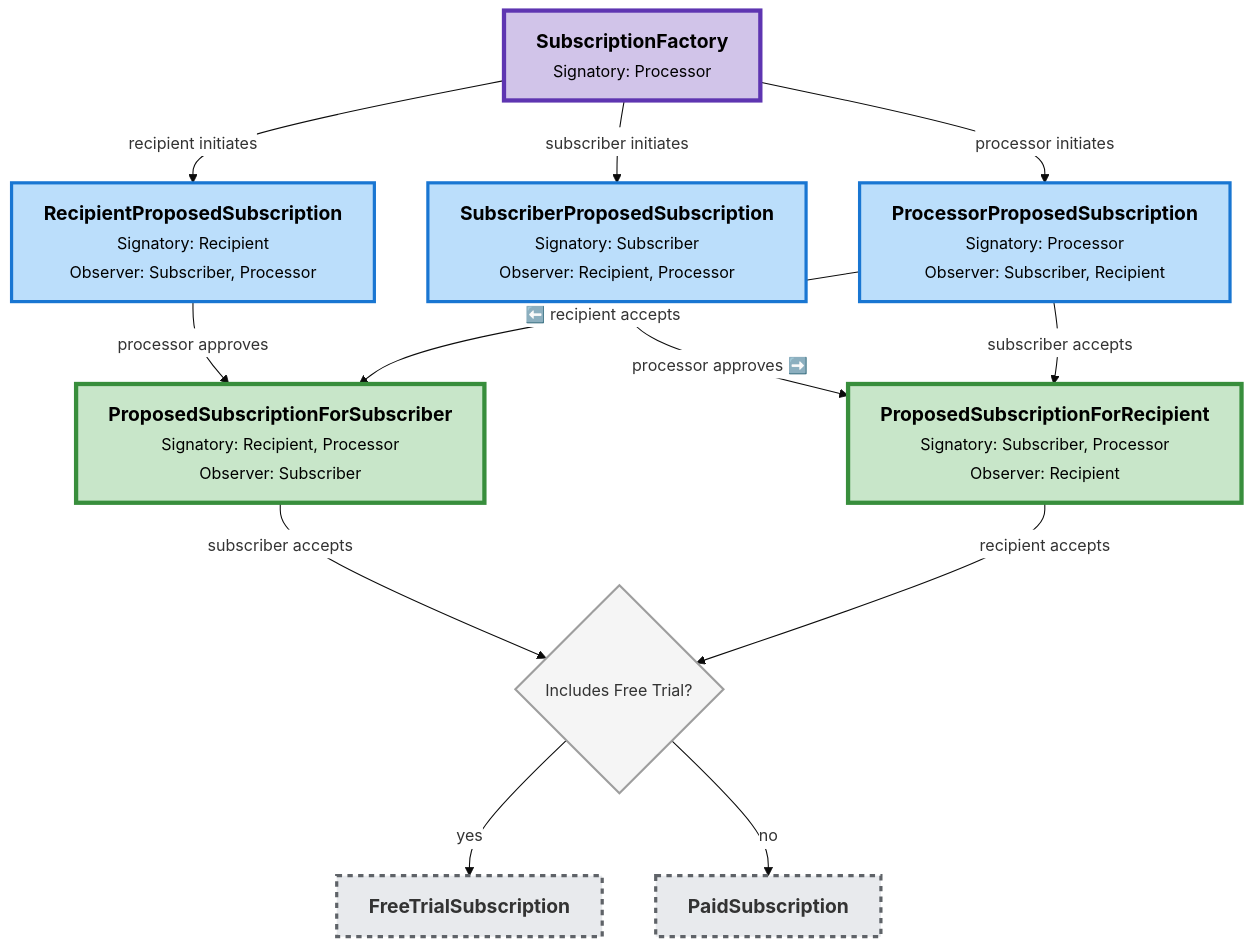
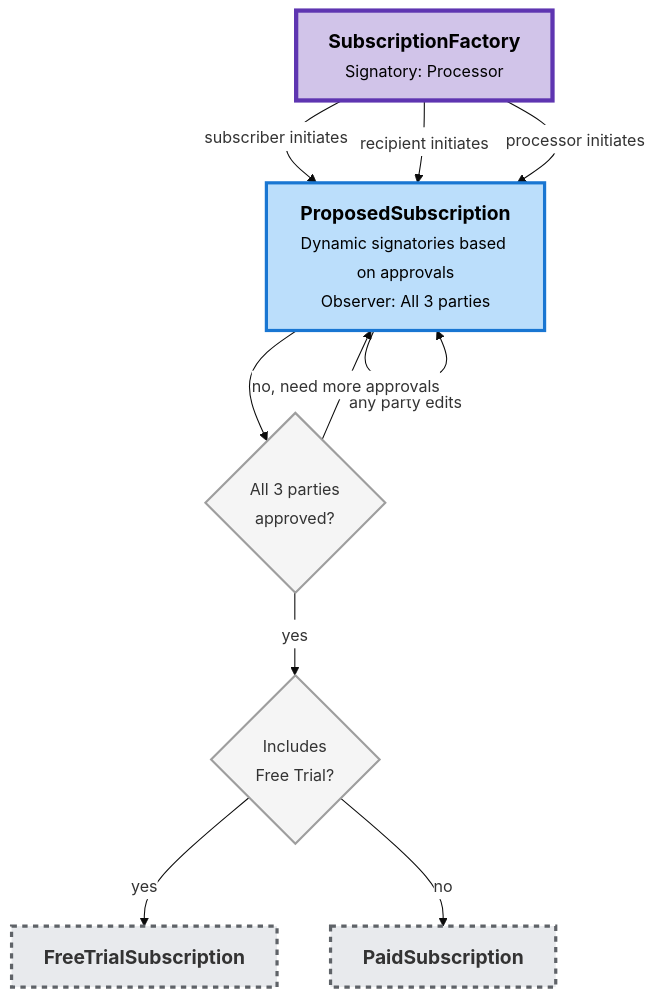
Before and after one commit to Fairmint/open-captable-protocol-daml: the diagram in Subscriptions-v01/daml/Fairmint/Subscriptions/Creation/README.md, drawn with Mermaid. The commit also changed other lines of this file and 15 other files, not shown here.

````diff
--- a/Subscriptions-v01/daml/Fairmint/Subscriptions/Creation/README.md
+++ b/Subscriptions-v01/daml/Fairmint/Subscriptions/Creation/README.md
@@ -9,49 +41,39 @@
 ```mermaid
 %%{init: {'theme':'base', 'themeVariables': { 'fontSize':'18px', 'fontFamily':'arial', 'edgeLabelBackground':'#ffffff'}}}%%
 flowchart TD
     Factory["<b>SubscriptionFactory</b><br/><small>Signatory: Processor</small>"]
     
-    SubProposal["<b>SubscriberProposedSubscription</b><br/><small>Signatory: Subscriber<br/>Observer: Recipient, Processor</small>"]
+    Proposal["<b>ProposedSubscription</b><br/><small>Dynamic signatories based on approvals<br/>Observer: All 3 parties</small>"]
     
-    RecProposal["<b>RecipientProposedSubscription</b><br/><small>Signatory: Recipient<br/>Observer: Subscriber, Processor</small>"]
+    AllApproved{"<small>All 3 parties<br/>approved?</small>"}
     
-    ProcProposal["<b>ProcessorProposedSubscription</b><br/><small>Signatory: Processor<br/>Observer: Subscriber, Recipient</small>"]
-    
-    SubApproved["<b>ProposedSubscriptionForRecipient</b><br/><small>Signatory: Subscriber, Processor<br/>Observer: Recipient</small>"]
-    
-    RecApproved["<b>ProposedSubscriptionForSubscriber</b><br/><small>Signatory: Recipient, Processor<br/>Observer: Subscriber</small>"]
-    
-    Decision{"<small>Includes Free Trial?</small>"}
+    Decision{"<small>Includes<br/>Free Trial?</small>"}
     
     FreeTrial["<b>FreeTrialSubscription</b>"]
     
     Paid["<b>PaidSubscription</b>"]
     
-    Factory -- "<small>subscriber initiates</small>" --> SubProposal
-    Factory -- "<small>recipient initiates</small>" --> RecProposal
-    Factory -- "<small>processor initiates</small>" --> ProcProposal
+    Factory -- "<small>subscriber initiates</small>" --> Proposal
+    Factory -- "<small>recipient initiates</small>" --> Proposal
+    Factory -- "<small>processor initiates</small>" --> Proposal
     
-    SubProposal -- "<small>processor approves ➡️</small>" --> SubApproved
-    ProcProposal -- "<small>subscriber accepts</small>" --> SubApproved
+    Proposal -- "<small>any party approves</small>" --> Proposal
+    Proposal -- "<small>any party edits</small>" --> Proposal
     
-    RecProposal -- "<small>processor approves</small>" --> RecApproved
-    ProcProposal -- "<small>⬅️ recipient accepts</small>" --> RecApproved
-    
-    RecApproved -- "<small>subscriber accepts</small>" --> Decision
-    SubApproved -- "<small>recipient accepts</small>" --> Decision
+    Proposal --> AllApproved
+    AllApproved -- "<small>yes</small>" --> Decision
+    AllApproved -- "<small>no, need more approvals</small>" --> Proposal
     
     Decision -- "<small>yes</small>" --> FreeTrial
     Decision -- "<small>no</small>" --> Paid
     
     classDef factory fill:#d1c4e9,stroke:#5e35b1,stroke-width:4px,color:#000
     classDef proposal fill:#bbdefb,stroke:#1976d2,stroke-width:3px,color:#000
-    classDef approved fill:#c8e6c9,stroke:#388e3c,stroke-width:4px,color:#000
     classDef decision fill:#f5f5f5,stroke:#9e9e9e,stroke-width:2px,color:#333
     classDef outOfScope fill:#e8eaed,stroke:#5f6368,stroke-width:3px,color:#333,stroke-dasharray: 5 5
     
     class Factory factory
-    class SubProposal,RecProposal,ProcProposal proposal
-    class SubApproved,RecApproved approved
-    class Decision decision
+    class Proposal proposal
+    class AllApproved,Decision decision
     class FreeTrial,Paid outOfScope
 ```
````
